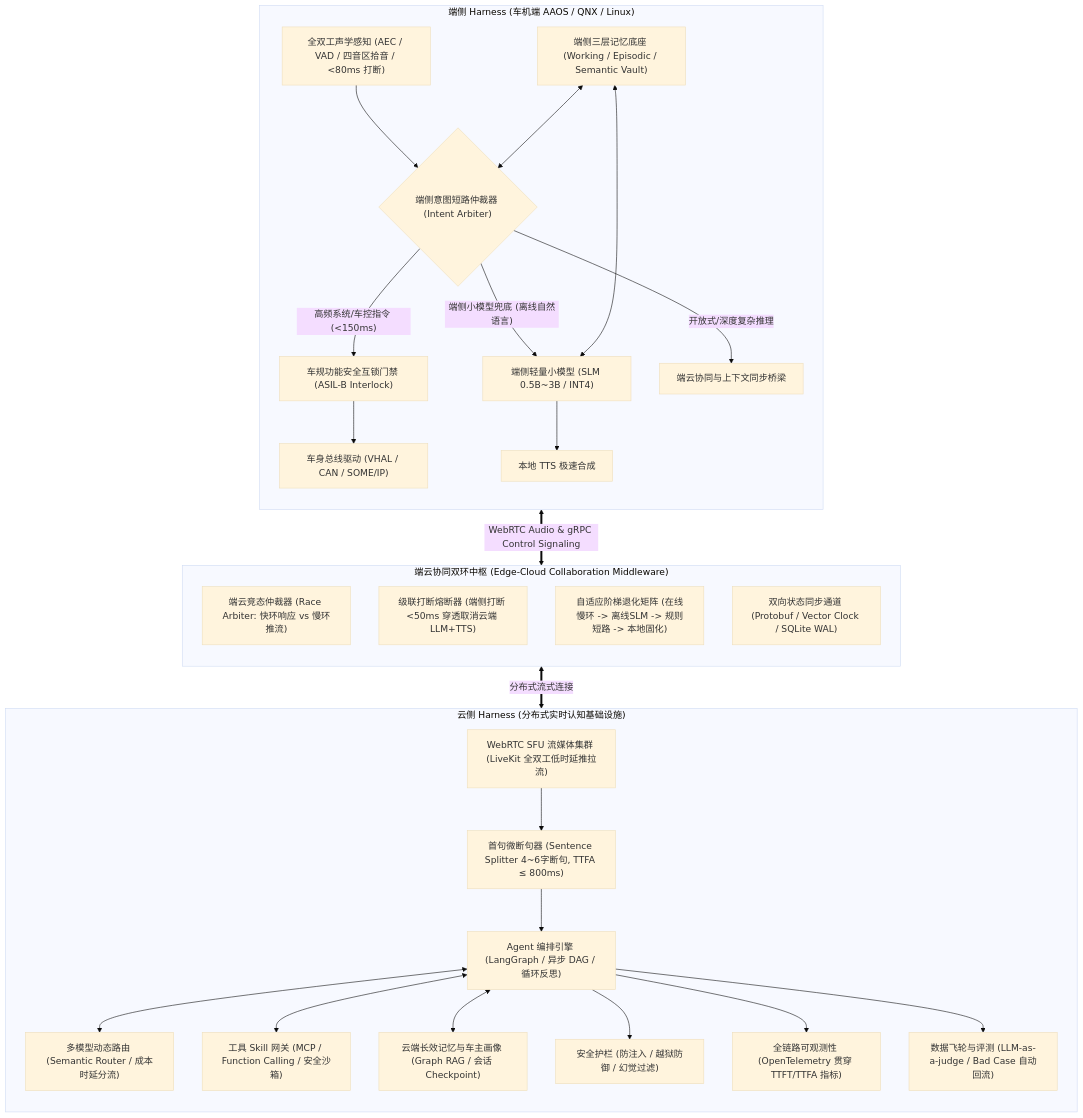
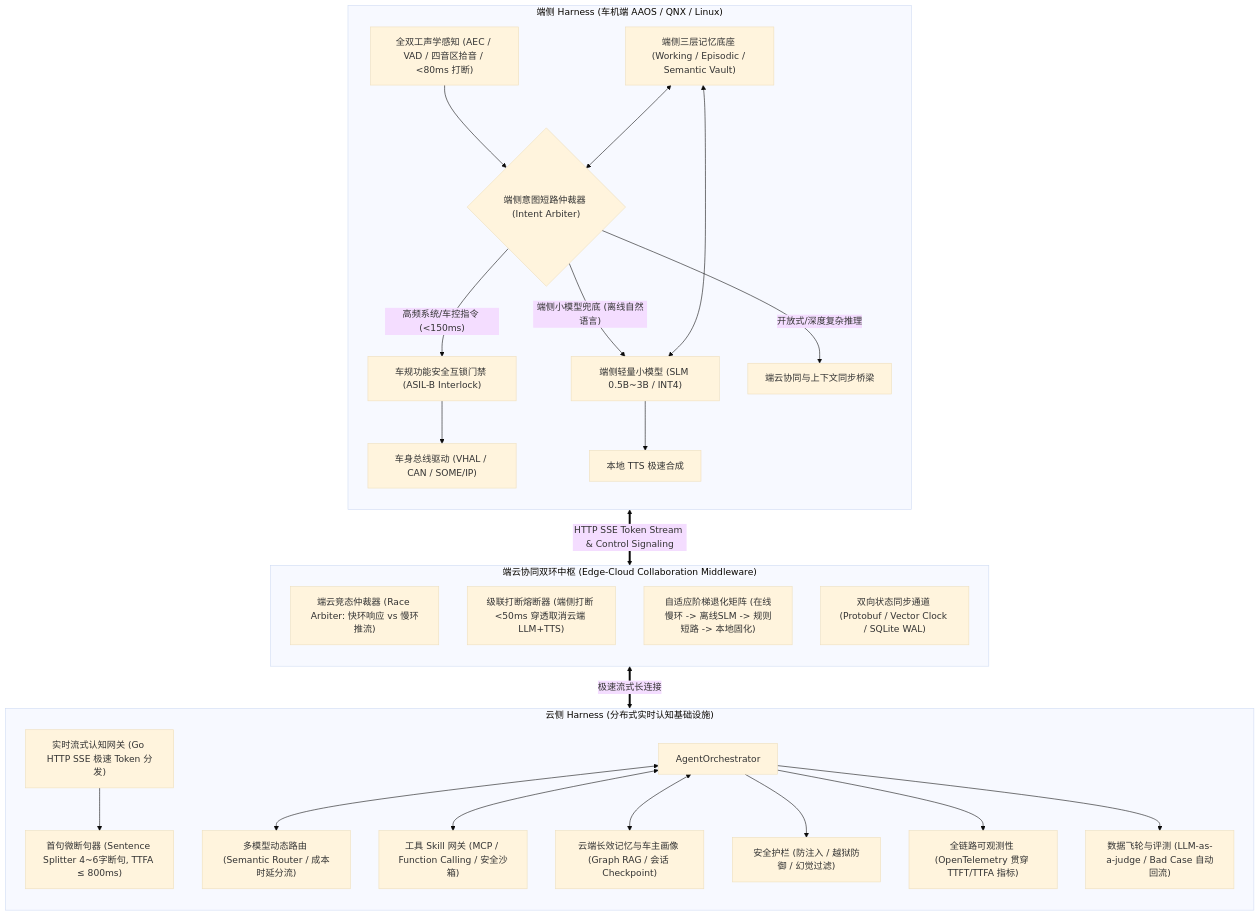
One commit to feixiao/FastAvatar changed the first of 2 diagrams in docs/ai-agent-harness-architecture.md. Above: the diagram before and after it, drawn with Mermaid (base theme). The commit also changed other lines of this file and 30 other files, not shown here.

First line of the commit message:
refactor(cloud): 裁撤 LiveKit 依赖与容器编排，全面切换至轻量 Go 实时网关与端侧统一 TTS

````diff
--- a/docs/ai-agent-harness-architecture.md
+++ b/docs/ai-agent-harness-architecture.md
@@ -25,43 +25,42 @@
 ```mermaid
 flowchart TB
     subgraph Edge_Harness["端侧 Harness (车机端 AAOS / QNX / Linux)"]
         direction TB
         Perception["全双工声学感知 (AEC / VAD / 四音区拾音 / <80ms 打断)"] --> FastArbiter{"端侧意图短路仲裁器 (Intent Arbiter)"}
         
         FastArbiter -- "高频系统/车控指令 (<150ms)" --> InterlockGate["车规功能安全互锁门禁 (ASIL-B Interlock)"]
         InterlockGate --> MockVHAL["车身总线驱动 (VHAL / CAN / SOME/IP)"]
         
         FastArbiter -- "端侧小模型兜底 (离线自然语言)" --> LocalSLM["端侧轻量小模型 (SLM 0.5B~3B / INT4)"]
         LocalSLM --> LocalTTS["本地 TTS 极速合成"]
         
         FastArbiter -- "开放式/深度复杂推理" --> EdgeSync["端云协同与上下文同步桥梁"]
         
         ThreeTierMem["端侧三层记忆底座 (Working / Episodic / Semantic Vault)"] <--> FastArbiter
         ThreeTierMem <--> LocalSLM
     end
 
     subgraph Collab_Layer["端云协同双环中枢 (Edge-Cloud Collaboration Middleware)"]
         direction TB
         ArbiterJudge["端云竞态仲裁器 (Race Arbiter: 快环响应 vs 慢环推流)"]
         CascadeBargeIn["级联打断熔断器 (端侧打断 <50ms 穿透取消云端 LLM+TTS)"]
         DegradeMatrix["自适应阶梯退化矩阵 (在线慢环 -> 离线SLM -> 规则短路 -> 本地固化)"]
         StateSync["双向状态同步通道 (Protobuf / Vector Clock / SQLite WAL)"]
     end
 
     subgraph Cloud_Harness["云侧 Harness (分布式实时认知基础设施)"]
         direction TB
-        CloudSFU["WebRTC SFU 流媒体集群 (LiveKit 全双工低时延推拉流)"] --> StreamSplitter["首句微断句器 (Sentence Splitter 4~6字断句, TTFA ≤ 800ms)"]
-        StreamSplitter --> AgentOrchestrator["Agent 编排引擎 (LangGraph / 异步 DAG / 循环反思)"]
+        CloudGateway["实时流式认知网关 (Go HTTP SSE 极速 Token 分发)"] --> StreamSplitter["首句微断句器 (Sentence Splitter 4~6字断句, TTFA ≤ 800ms)"]
         
         AgentOrchestrator <--> ModelRouter["多模型动态路由 (Semantic Router / 成本时延分流)"]
         AgentOrchestrator <--> SkillGateway["工具 Skill 网关 (MCP / Function Calling / 安全沙箱)"]
         AgentOrchestrator <--> CloudMemory["云端长效记忆与车主画像 (Graph RAG / 会话 Checkpoint)"]
         
         AgentOrchestrator --> SafetyGuard["安全护栏 (防注入 / 越狱防御 / 幻觉过滤)"]
         AgentOrchestrator --> Observability["全链路可观测性 (OpenTelemetry 贯穿 TTFT/TTFA 指标)"]
         AgentOrchestrator --> DataFlywheel["数据飞轮与评测 (LLM-as-a-judge / Bad Case 自动回流)"]
     end
 
-    EdgeSync <== "WebRTC Audio & gRPC Control Signaling" ==> Collab_Layer
-    Collab_Layer <== "分布式流式连接" ==> CloudSFU
+    EdgeSync <== "HTTP SSE Token Stream & Control Signaling" ==> Collab_Layer
+    Collab_Layer <== "极速流式长连接" ==> CloudGateway
 ```
````
